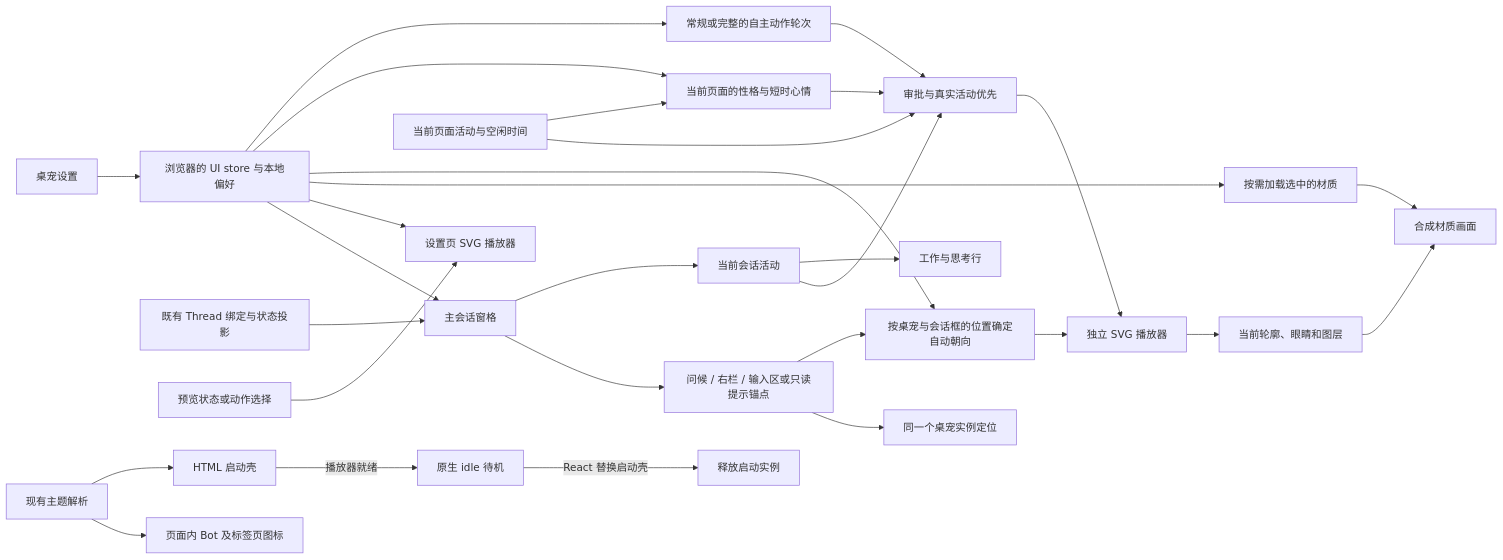
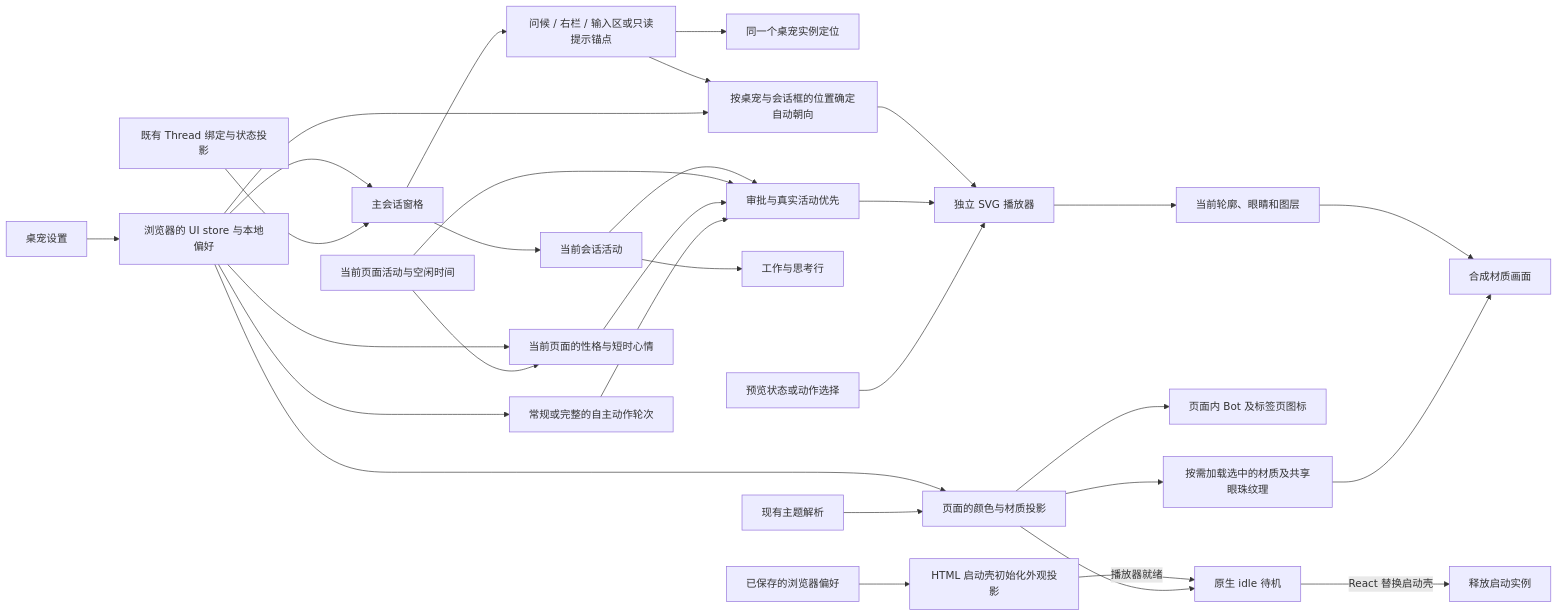
Before and after one commit to LiangLiang723/codex-web: the diagram in specs/selfhost-codex/brand-and-conversation-pet.md, drawn with Mermaid. The commit also changed other lines of this file and 24 other files, not shown here.

````diff
--- a/specs/selfhost-codex/brand-and-conversation-pet.md
+++ b/specs/selfhost-codex/brand-and-conversation-pet.md
@@ -32,31 +32,33 @@
 ```mermaid
 flowchart LR
   Settings[桌宠设置] --> Preference[浏览器的 UI store 与本地偏好]
   Preference --> Pane[主会话窗格]
-  Preference --> Preview[设置页 SVG 播放器]
-  Preference --> Material[按需加载选中的材质]
+  Preference --> Appearance[页面的颜色与材质投影]
+  Appearance --> Material[按需加载选中的材质及共享眼珠纹理]
+  Appearance --> Mark[页面内 Bot 及标签页图标]
   Runtime[既有 Thread 绑定与状态投影] --> Pane
   Pane --> Anchor[问候 / 右栏 / 输入区或只读提示锚点]
   Anchor --> Pet[同一个桌宠实例定位]
   Anchor --> Facing[按桌宠与会话框的位置确定自动朝向]
   Preference --> Facing
   Facing --> Player
   Pane --> Activity[当前会话活动]
   Activity --> Motion[审批与真实活动优先]
   Gesture[当前页面活动与空闲时间] --> Motion
   Motion --> Player[独立 SVG 播放器]
   Player --> Geometry[当前轮廓、眼睛和图层]
   Geometry --> Paint[合成材质画面]
   Material --> Paint
   Activity --> Summary[工作与思考行]
   Preference --> Mood[当前页面的性格与短时心情]
   Gesture --> Mood
   Mood --> Motion
   Preference --> Repertoire[常规或完整的自主动作轮次]
   Repertoire --> Motion
-  Preset[预览状态或动作选择] --> Preview[设置页 SVG 播放器]
-  Theme[现有主题解析] --> Mark[页面内 Bot 及标签页图标]
-  Theme --> Startup[HTML 启动壳]
+  Preset[预览状态或动作选择] --> Player
+  Theme[现有主题解析] --> Appearance
+  Saved[已保存的浏览器偏好] --> Startup[HTML 启动壳初始化外观投影]
   Startup -->|播放器就绪| Loading[原生 idle 待机]
+  Appearance --> Loading
   Loading -->|React 替换启动壳| Dispose[释放启动实例]
 ```
````
